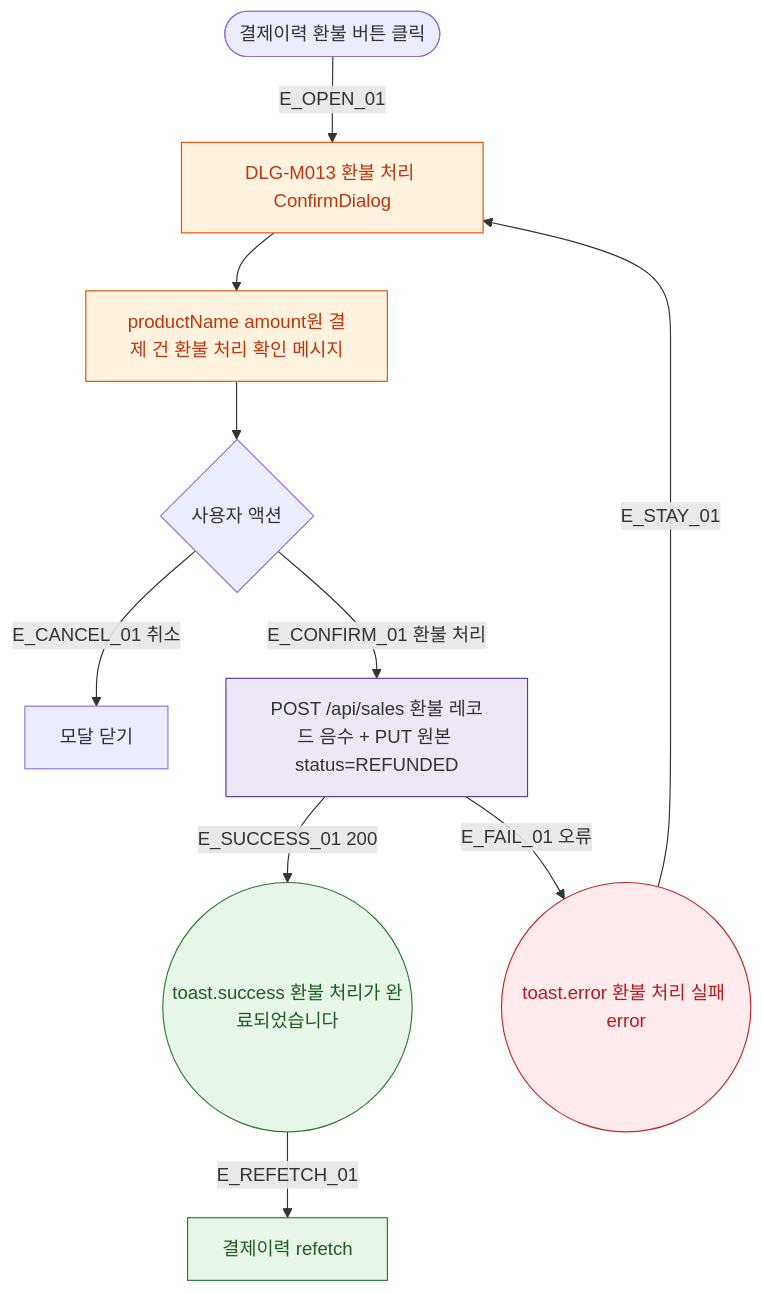
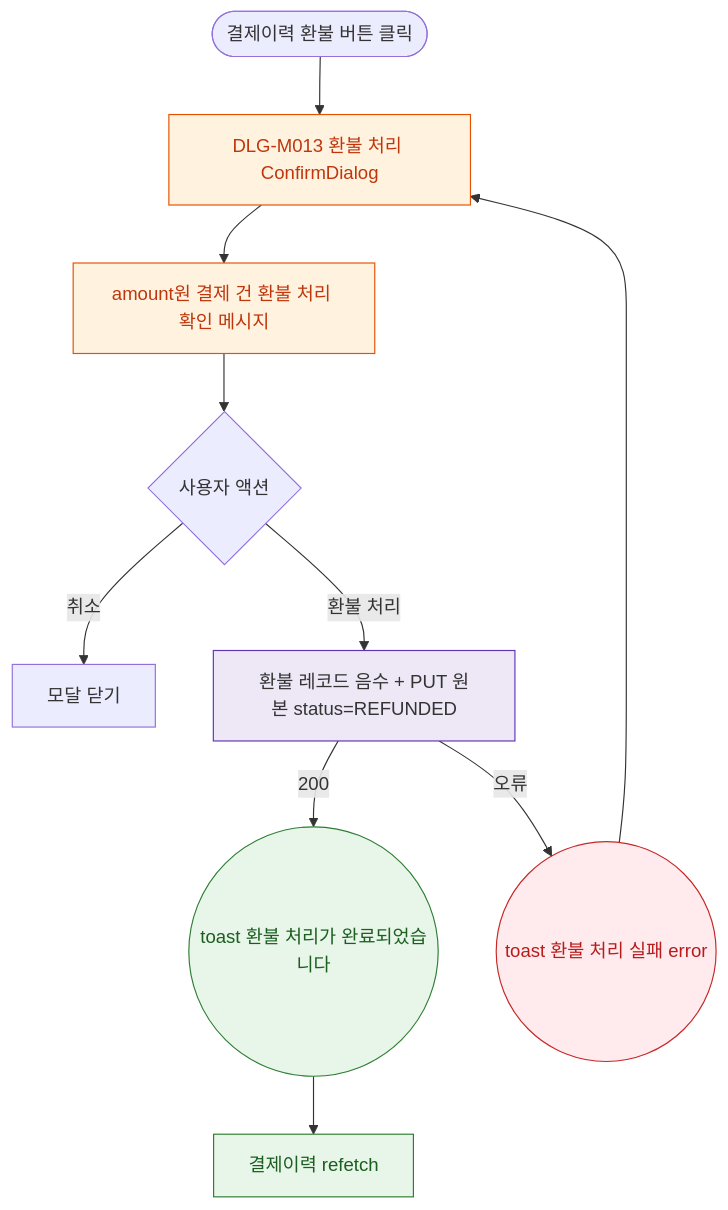
Before and after one commit to dev-spogym/admin-pando: the diagram in docs/다이어그램/D02_회원관리/DLG/DLG-M013_환불처리/M1_생명주기.md, drawn with Mermaid. The commit also changed other lines of this file and 1660 other files, not shown here.

First line of the commit message:
다이어그램: 기획자/클라이언트 납품본으로 정리

````diff
--- a/docs/다이어그램/D02_회원관리/DLG/DLG-M013_환불처리/M1_생명주기.md
+++ b/docs/다이어그램/D02_회원관리/DLG/DLG-M013_환불처리/M1_생명주기.md
@@ -22,28 +20,28 @@
 ```mermaid
 flowchart TD
   TRIGGER([결제이력 환불 버튼 클릭])
 
-  TRIGGER -->|E_OPEN_01| DLG_OPEN[DLG-M013 환불 처리 ConfirmDialog]
-  DLG_OPEN --> DESC[productName amount원 결제 건 환불 처리 확인 메시지]
+  TRIGGER --> DLG_OPEN[DLG-M013 환불 처리 ConfirmDialog]
+  DLG_OPEN --> DESC[amount원 결제 건 환불 처리 확인 메시지]
 
   DESC --> USER_ACT{사용자 액션}
 
-  USER_ACT -->|E_CANCEL_01 취소| CLOSE[모달 닫기]
-  USER_ACT -->|E_CONFIRM_01 환불 처리| API_CALL[POST /api/sales 환불 레코드 음수 + PUT 원본 status=REFUNDED]
+  USER_ACT -->|취소|CLOSE[모달 닫기]
+  USER_ACT -->|환불 처리|API_CALL[환불 레코드 음수 + PUT 원본 status=REFUNDED]
 
-  API_CALL -->|E_SUCCESS_01 200| TOAST_OK((toast.success 환불 처리가 완료되었습니다))
-  TOAST_OK -->|E_REFETCH_01| REFETCH[결제이력 refetch]
+  API_CALL -->|200|TOAST_OK((toast 환불 처리가 완료되었습니다))
+  TOAST_OK --> REFETCH[결제이력 refetch]
 
-  API_CALL -->|E_FAIL_01 오류| TOAST_ERR((toast.error 환불 처리 실패 error))
-  TOAST_ERR -->|E_STAY_01| DLG_OPEN
+  API_CALL -->|오류|TOAST_ERR((toast 환불 처리 실패 error))
+  TOAST_ERR --> DLG_OPEN
 
-  classDef modal   fill:#FFF3E0,stroke:#E65100,color:#BF360C
+  classDef modal fill:#FFF3E0,stroke:#E65100,color:#BF360C
   classDef success fill:#E8F5E9,stroke:#2E7D32,color:#1B5E20
-  classDef error   fill:#FFEBEE,stroke:#C62828,color:#B71C1C
-  classDef system  fill:#EDE7F6,stroke:#5E35B2
+  classDef error fill:#FFEBEE,stroke:#C62828,color:#B71C1C
+  classDef system fill:#EDE7F6,stroke:#5E35B2
 
   class DLG_OPEN,DESC modal
   class TOAST_OK,REFETCH success
   class TOAST_ERR error
   class API_CALL system
 ```
````
